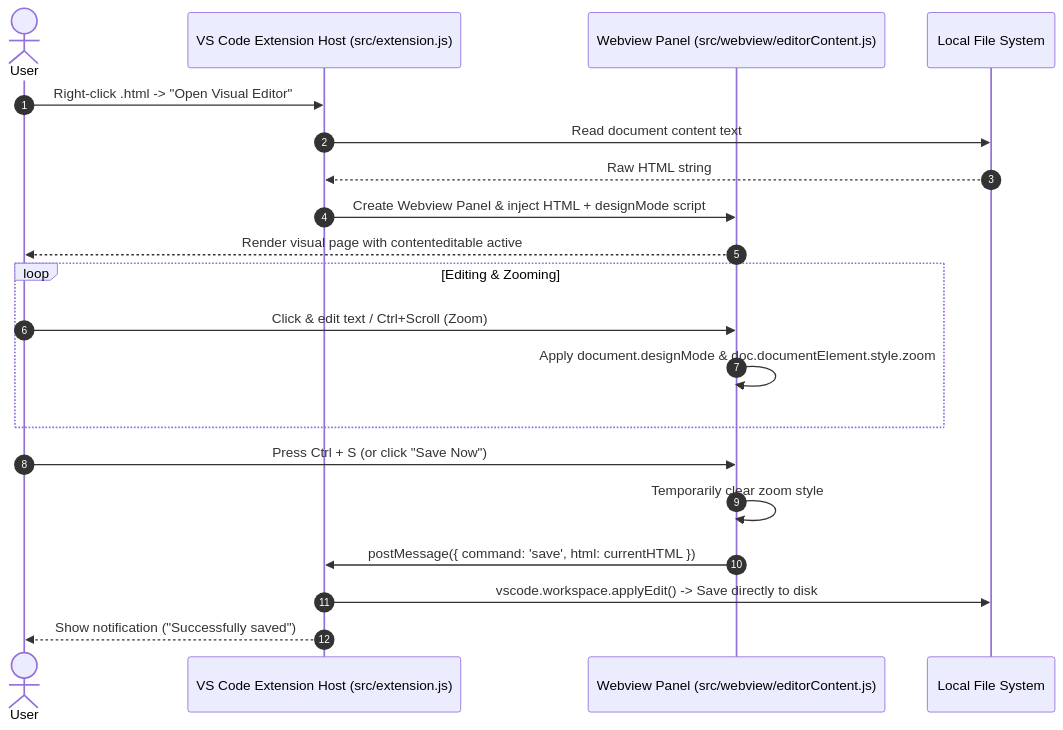
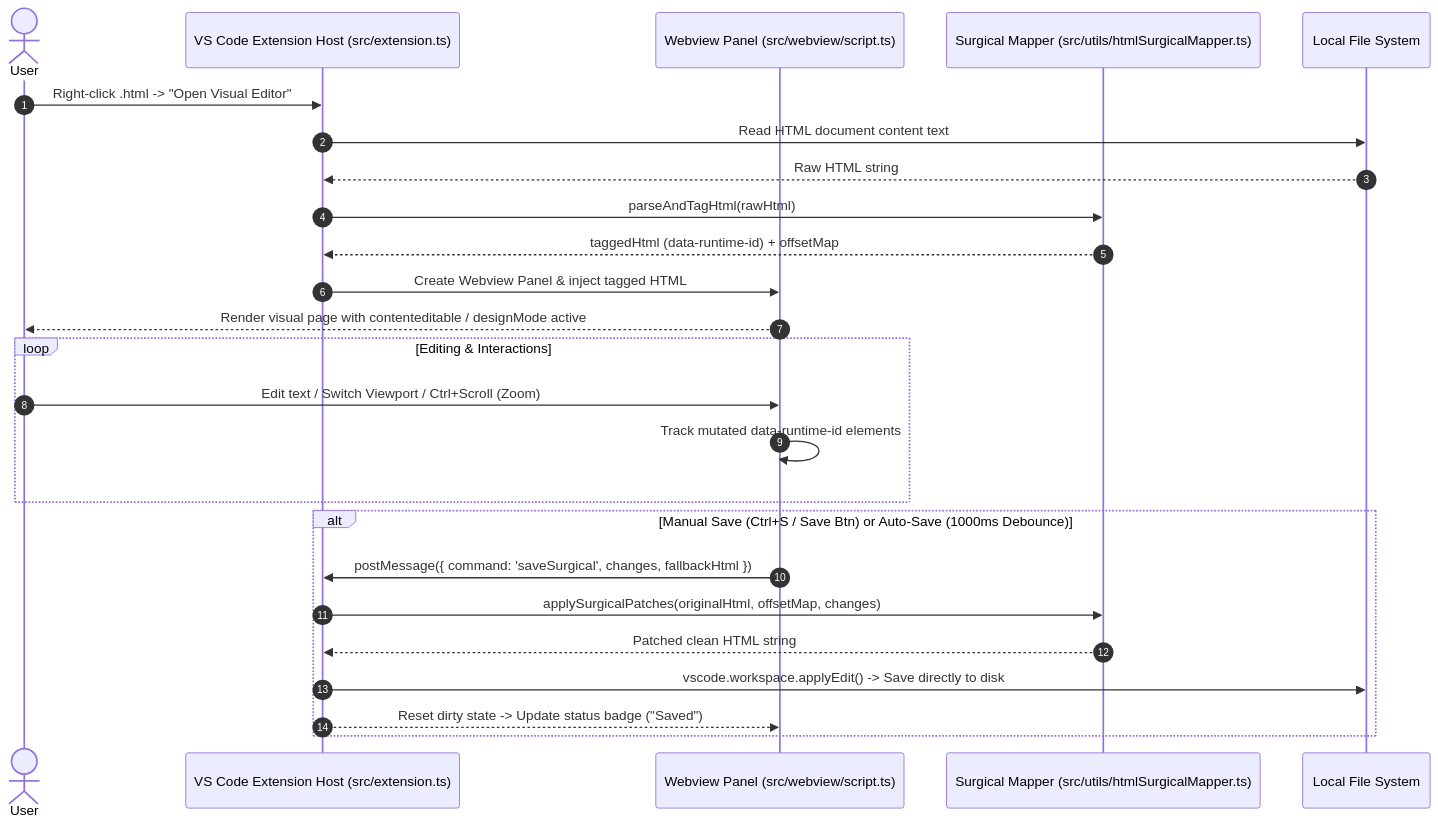
The diagram in ARCHITECTURE.md (HaoNgo232/vscode-visual-html-editor), drawn with Mermaid before and after one commit. The commit also changed other lines of this file and 2 other files, not shown here.

Commit message:
docs: update AGENTS and ARCHITECTURE documentation for modular structure and component details; enhance README with features and quick start guide

````diff
--- a/ARCHITECTURE.md
+++ b/ARCHITECTURE.md
@@ -9,25 +9,30 @@
 ```mermaid
 sequenceDiagram
     autonumber
     actor User
-    participant VSC as VS Code Extension Host (src/extension.js)
-    participant WV as Webview Panel (src/webview/editorContent.js)
+    participant VSC as VS Code Extension Host (src/extension.ts)
+    participant WV as Webview Panel (src/webview/script.ts)
+    participant MAP as Surgical Mapper (src/utils/htmlSurgicalMapper.ts)
     participant FS as Local File System
 
     User->>VSC: Right-click .html -> "Open Visual Editor"
-    VSC->>FS: Read document content text
+    VSC->>FS: Read HTML document content text
     FS-->>VSC: Raw HTML string
-    VSC->>WV: Create Webview Panel & inject HTML + designMode script
-    WV-->>User: Render visual page with contenteditable active
+    VSC->>MAP: parseAndTagHtml(rawHtml)
+    MAP-->>VSC: taggedHtml (data-runtime-id) + offsetMap
+    VSC->>WV: Create Webview Panel & inject tagged HTML
+    WV-->>User: Render visual page with contenteditable / designMode active
 
-    loop Editing & Zooming
-        User->>WV: Click & edit text / Ctrl+Scroll (Zoom)
-        WV->>WV: Apply document.designMode & doc.documentElement.style.zoom
+    loop Editing & Interactions
+        User->>WV: Edit text / Switch Viewport / Ctrl+Scroll (Zoom)
+        WV->>WV: Track mutated data-runtime-id elements
     end
 
-    User->>WV: Press Ctrl + S (or click "Save Now")
-    WV->>WV: Temporarily clear zoom style
-    WV->>VSC: postMessage({ command: 'save', html: currentHTML })
-    VSC->>FS: vscode.workspace.applyEdit() -> Save directly to disk
-    VSC-->>User: Show notification ("Successfully saved")
+    alt Manual Save (Ctrl+S / Save Btn) or Auto-Save (1000ms Debounce)
+        WV->>VSC: postMessage({ command: 'saveSurgical', changes, fallbackHtml })
+        VSC->>MAP: applySurgicalPatches(originalHtml, offsetMap, changes)
+        MAP-->>VSC: Patched clean HTML string
+        VSC->>FS: vscode.workspace.applyEdit() -> Save directly to disk
+        VSC-->>WV: Reset dirty state -> Update status badge ("Saved")
+    end
 ```
````
